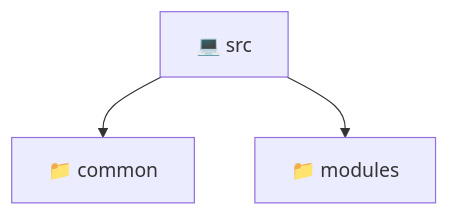
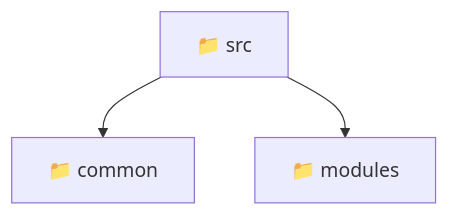
Before and after one commit to beginwebdev2002/fullstack-mavluda: the diagram in backend/src/README.md, drawn with Mermaid. The commit also changed other lines of this file and 156 other files, not shown here.

First line of the commit message:
docs: generate comprehensive localized readmes for 100% architectural transparency

````diff
--- a/backend/src/README.md
+++ b/backend/src/README.md
@@ -9,6 +9,6 @@
 ```mermaid
 graph TD
-  Root["💻 src"]
-  Root --> common["📁 common"]
-  Root --> modules["📁 modules"]
+  src["📁 src"]
+  src --> common["📁 common"]
+  src --> modules["📁 modules"]
 ```
````
